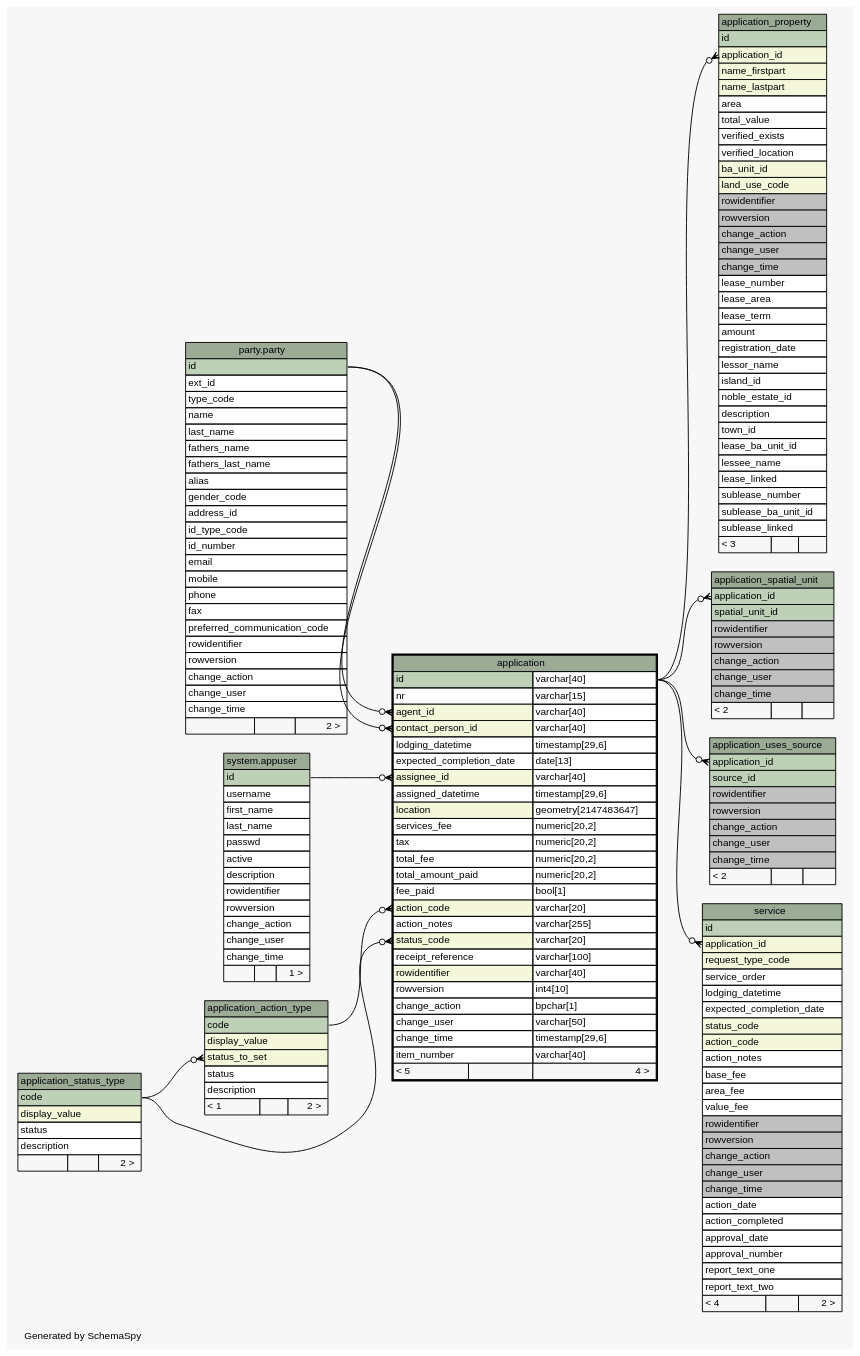
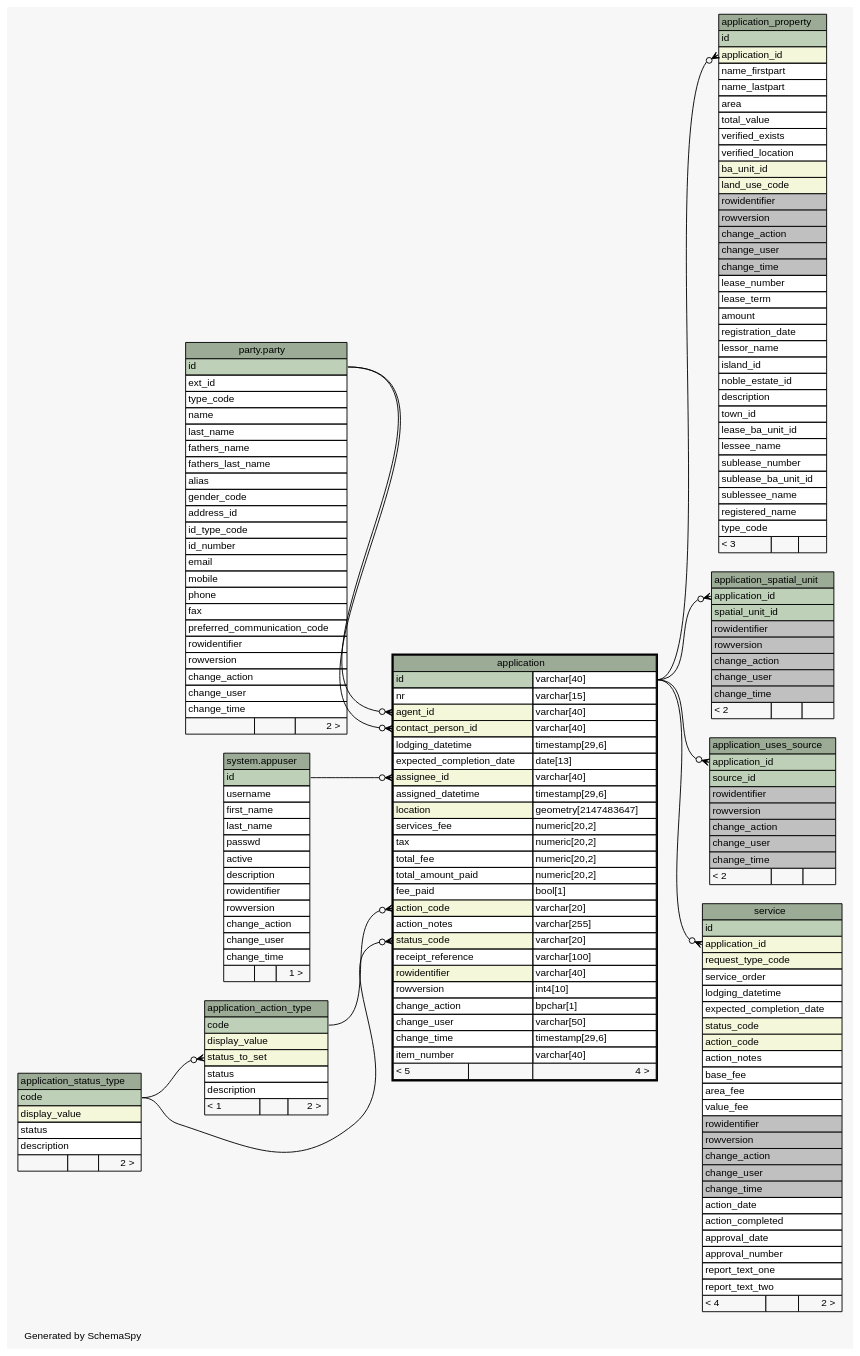
One commit to SOLA-TONGA/database changed the diagram in doc/application/diagrams/application.1degree.dot. Above: the diagram before and after it, drawn with Graphviz. The commit also changed 286 other files, not shown here.

```diff
--- a/doc/application/diagrams/application.1degree.dot
+++ b/doc/application/diagrams/application.1degree.dot
@@ -82,8 +82,8 @@
       <TR><TD COLSPAN="3" BGCOLOR="#9bab96" ALIGN="CENTER">application_property</TD></TR>
       <TR><TD PORT="id" COLSPAN="3" BGCOLOR="#bed1b8" ALIGN="LEFT">id</TD></TR>
       <TR><TD PORT="application_id" COLSPAN="3" BGCOLOR="#f4f7da" ALIGN="LEFT">application_id</TD></TR>
-      <TR><TD PORT="name_firstpart" COLSPAN="3" BGCOLOR="#f4f7da" ALIGN="LEFT">name_firstpart</TD></TR>
-      <TR><TD PORT="name_lastpart" COLSPAN="3" BGCOLOR="#f4f7da" ALIGN="LEFT">name_lastpart</TD></TR>
+      <TR><TD PORT="name_firstpart" COLSPAN="3" ALIGN="LEFT">name_firstpart</TD></TR>
+      <TR><TD PORT="name_lastpart" COLSPAN="3" ALIGN="LEFT">name_lastpart</TD></TR>
       <TR><TD PORT="area" COLSPAN="3" ALIGN="LEFT">area</TD></TR>
       <TR><TD PORT="total_value" COLSPAN="3" ALIGN="LEFT">total_value</TD></TR>
       <TR><TD PORT="verified_exists" COLSPAN="3" ALIGN="LEFT">verified_exists</TD></TR>
@@ -96,7 +96,6 @@
       <TR><TD PORT="change_user" COLSPAN="3" BGCOLOR="#c0c0c0" ALIGN="LEFT">change_user</TD></TR>
       <TR><TD PORT="change_time" COLSPAN="3" BGCOLOR="#c0c0c0" ALIGN="LEFT">change_time</TD></TR>
       <TR><TD PORT="lease_number" COLSPAN="3" ALIGN="LEFT">lease_number</TD></TR>
-      <TR><TD PORT="lease_area" COLSPAN="3" ALIGN="LEFT">lease_area</TD></TR>
       <TR><TD PORT="lease_term" COLSPAN="3" ALIGN="LEFT">lease_term</TD></TR>
       <TR><TD PORT="amount" COLSPAN="3" ALIGN="LEFT">amount</TD></TR>
       <TR><TD PORT="registration_date" COLSPAN="3" ALIGN="LEFT">registration_date</TD></TR>
@@ -107,10 +106,11 @@
       <TR><TD PORT="town_id" COLSPAN="3" ALIGN="LEFT">town_id</TD></TR>
       <TR><TD PORT="lease_ba_unit_id" COLSPAN="3" ALIGN="LEFT">lease_ba_unit_id</TD></TR>
       <TR><TD PORT="lessee_name" COLSPAN="3" ALIGN="LEFT">lessee_name</TD></TR>
-      <TR><TD PORT="lease_linked" COLSPAN="3" ALIGN="LEFT">lease_linked</TD></TR>
       <TR><TD PORT="sublease_number" COLSPAN="3" ALIGN="LEFT">sublease_number</TD></TR>
       <TR><TD PORT="sublease_ba_unit_id" COLSPAN="3" ALIGN="LEFT">sublease_ba_unit_id</TD></TR>
-      <TR><TD PORT="sublease_linked" COLSPAN="3" ALIGN="LEFT">sublease_linked</TD></TR>
+      <TR><TD PORT="sublessee_name" COLSPAN="3" ALIGN="LEFT">sublessee_name</TD></TR>
+      <TR><TD PORT="registered_name" COLSPAN="3" ALIGN="LEFT">registered_name</TD></TR>
+      <TR><TD PORT="type_code" COLSPAN="3" ALIGN="LEFT">type_code</TD></TR>
       <TR><TD ALIGN="LEFT" BGCOLOR="#f7f7f7">&lt; 3</TD><TD ALIGN="RIGHT" BGCOLOR="#f7f7f7">  </TD><TD ALIGN="RIGHT" BGCOLOR="#f7f7f7">  </TD></TR>
     </TABLE>>
     URL="application_property.html"
```
